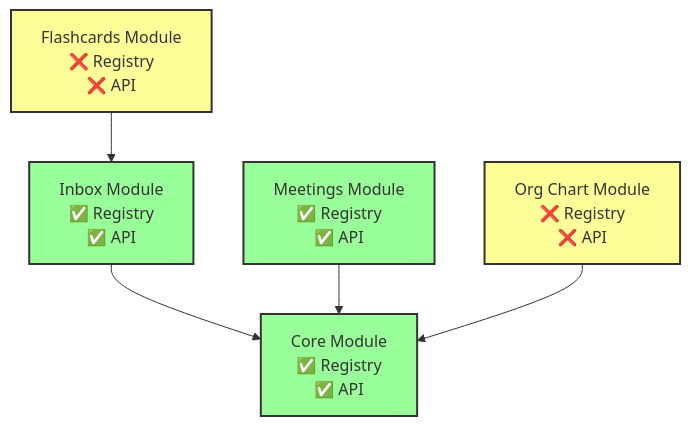
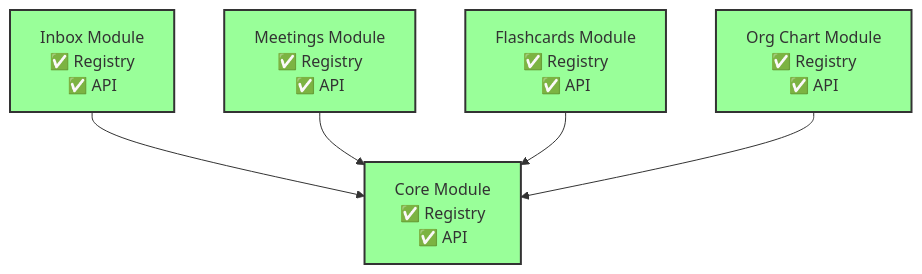
Before and after one commit to synergyai-os/Synergy-Open-Source: the diagram in dev-docs/2-areas/architecture/audit-reports/SYOS-ARCHITECTURE-AUDIT-2025-02.md, drawn with Mermaid. The commit also changed other lines of this file and 210 other files, not shown here.

````diff
--- a/dev-docs/2-areas/architecture/audit-reports/SYOS-ARCHITECTURE-AUDIT-2025-02.md
+++ b/dev-docs/2-areas/architecture/audit-reports/SYOS-ARCHITECTURE-AUDIT-2025-02.md
@@ -282,19 +286,19 @@
 ```mermaid
 graph TD
     Core[Core Module<br/>✅ Registry<br/>✅ API]
     Inbox[Inbox Module<br/>✅ Registry<br/>✅ API]
     Meetings[Meetings Module<br/>✅ Registry<br/>✅ API]
-    Flashcards[Flashcards Module<br/>❌ Registry<br/>❌ API]
-    OrgChart[Org Chart Module<br/>❌ Registry<br/>❌ API]
+    Flashcards[Flashcards Module<br/>✅ Registry<br/>✅ API]
+    OrgChart[Org Chart Module<br/>✅ Registry<br/>✅ API]
     
     Inbox --> Core
     Meetings --> Core
-    Flashcards --> Inbox
+    Flashcards --> Core
     OrgChart --> Core
     
     style Core fill:#9f9,stroke:#333,stroke-width:2px
     style Inbox fill:#9f9,stroke:#333,stroke-width:2px
     style Meetings fill:#9f9,stroke:#333,stroke-width:2px
-    style Flashcards fill:#ff9,stroke:#333,stroke-width:2px
-    style OrgChart fill:#ff9,stroke:#333,stroke-width:2px
+    style Flashcards fill:#9f9,stroke:#333,stroke-width:2px
+    style OrgChart fill:#9f9,stroke:#333,stroke-width:2px
 ```
````
